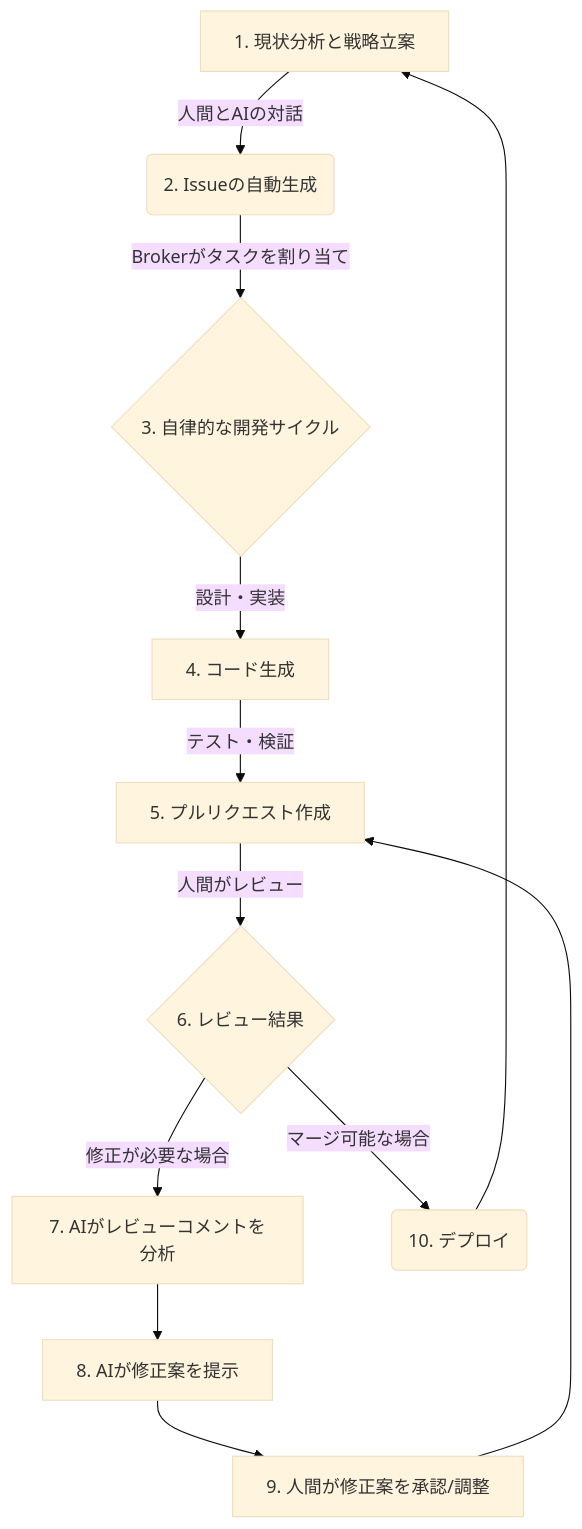
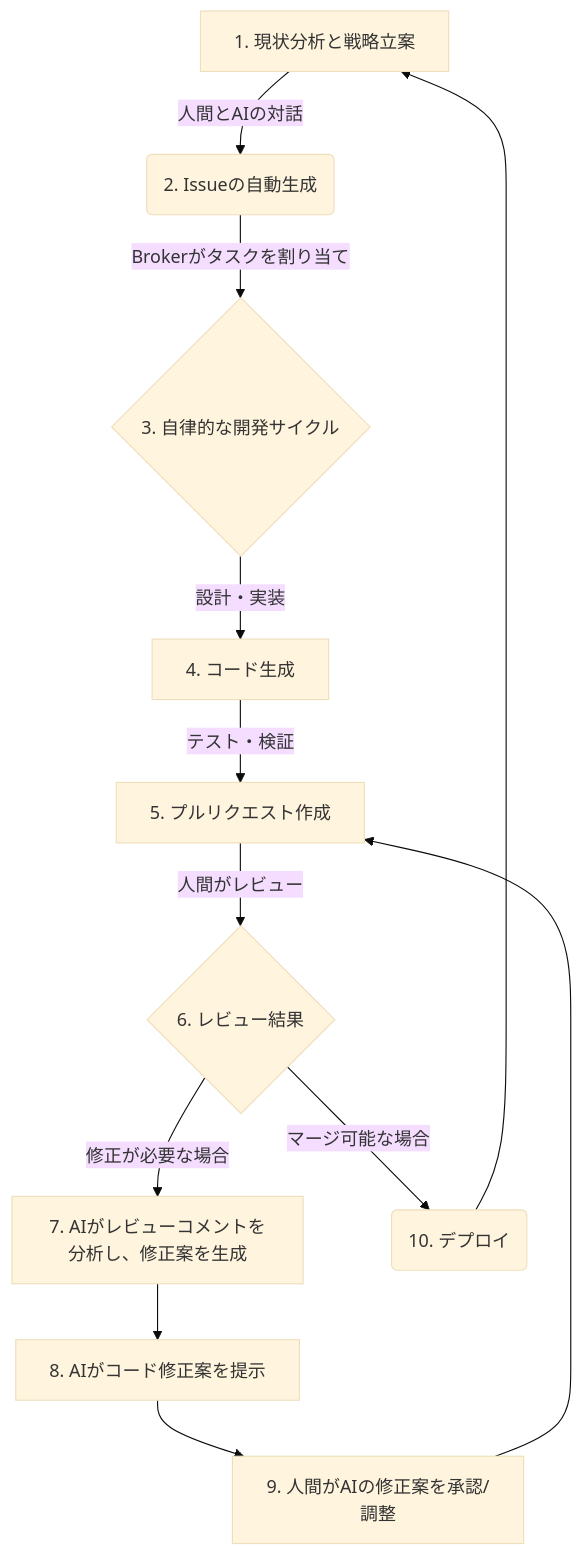
The diagram in README.md (masa-codehub/github_broker), drawn with Mermaid (base theme) before and after one commit. The commit also changed other lines of this file, not shown here.

Commit message:
feat: README.md: レビューコメント修正機能のユースケースを更新

````diff
--- a/README.md
+++ b/README.md
@@ -32,14 +32,14 @@
 ```mermaid
 graph TD
     A[1. 現状分析と戦略立案] -->|人間とAIの対話| B(2. Issueの自動生成);
     B -->|Brokerがタスクを割り当て| C{3. 自律的な開発サイクル};
     C -->|設計・実装| D[4. コード生成];
     D -->|テスト・検証| E[5. プルリクエスト作成];
     E -->|人間がレビュー| G{6. レビュー結果};
-    G -->|修正が必要な場合| H1[7. AIがレビューコメントを分析];
-    H1 --> H2[8. AIが修正案を提示];
-    H2 --> H3[9. 人間が修正案を承認/調整];
+    G -->|修正が必要な場合| H1[7. AIがレビューコメントを分析し、修正案を生成];
+    H1 --> H2[8. AIがコード修正案を提示];
+    H2 --> H3[9. 人間がAIの修正案を承認/調整];
     H3 --> E;
     G -->|マージ可能な場合| F(10. デプロイ);
     F --> A;
 ```
````
